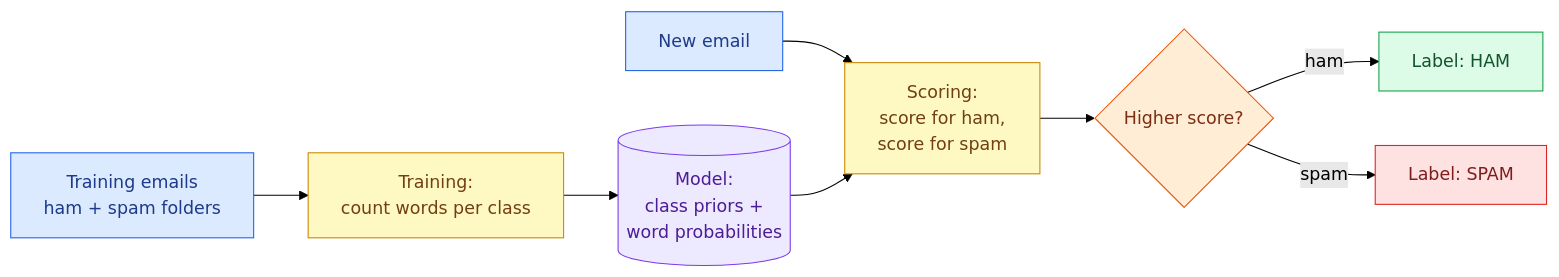
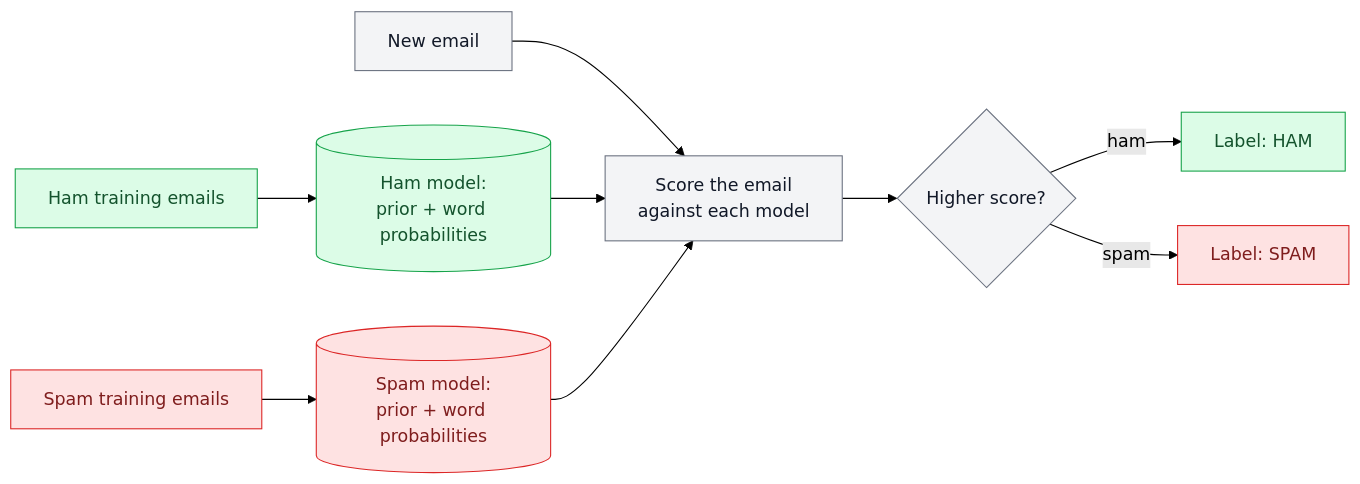
Before and after one commit to mohanakrishnavh/naive-bayes: the first of 3 diagrams in ALGORITHM.md, drawn with Mermaid (forest theme). The commit also changed other lines of this file, not shown here.

Commit message:
Make diagram colours meaningful: green=ham, red=spam, grey=neutral

````diff
--- a/ALGORITHM.md
+++ b/ALGORITHM.md
@@ -11,22 +13,17 @@
 ```mermaid
 flowchart LR
-    A[Training emails<br/>ham + spam folders] --> B[Training:<br/>count words per class]
-    B --> C[(Model:<br/>class priors +<br/>word probabilities)]
-    D[New email] --> E[Scoring:<br/>score for ham,<br/>score for spam]
-    C --> E
+    HT[Ham training emails] --> HM[(Ham model:<br/>prior + word probabilities)]
+    ST[Spam training emails] --> SM[(Spam model:<br/>prior + word probabilities)]
+    N[New email] --> E[Score the email<br/>against each model]
+    HM --> E
+    SM --> E
     E --> F{Higher score?}
     F -->|ham| G[Label: HAM]
     F -->|spam| H[Label: SPAM]
-    class A,D data
-    class B,E step
-    class C model
-    class F decision
-    class G ham
-    class H spam
-    classDef data fill:#dbeafe,stroke:#2563eb,color:#1e3a8a
-    classDef step fill:#fef9c3,stroke:#ca8a04,color:#713f12
-    classDef model fill:#ede9fe,stroke:#7c3aed,color:#4c1d95
-    classDef decision fill:#ffedd5,stroke:#ea580c,color:#7c2d12
+    class N,E,F plain
+    class HT,HM,G ham
+    class ST,SM,H spam
+    classDef plain fill:#f3f4f6,stroke:#6b7280,color:#111827
     classDef ham fill:#dcfce7,stroke:#16a34a,color:#14532d
     classDef spam fill:#fee2e2,stroke:#dc2626,color:#7f1d1d
 ```
````
